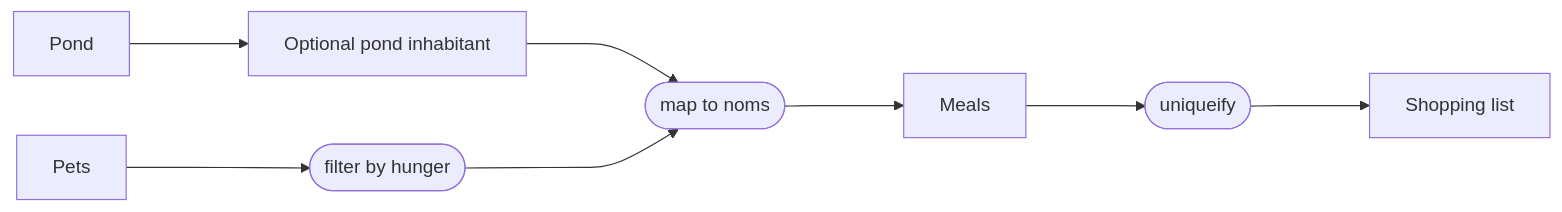
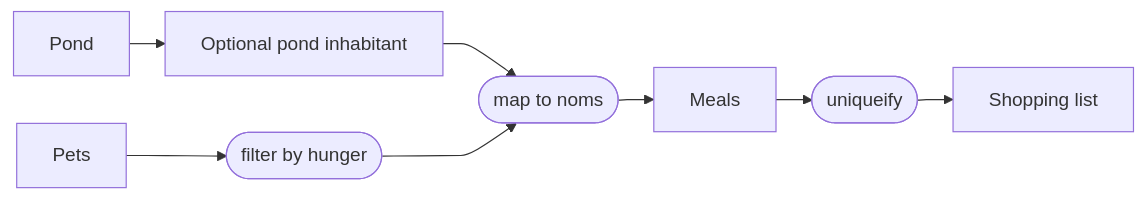
One commit to google/rust-design-faq changed the diagram in src/code.md. Above: the diagram before and after it, drawn with Mermaid. The commit also changed other lines of this file and 1 other file, not shown here.

````diff
--- a/src/code.md
+++ b/src/code.md
@@ -130,18 +115,19 @@
   ```mermaid
   flowchart LR
+	%%{ init: { 'flowchart': { 'nodeSpacing': 40, 'rankSpacing': 15 } } }%%
   	Pets
   	Filter([filter by hunger])
   	Map([map to noms])
   	Meals
     uniqueify([uniqueify])
   	shopping[Shopping list]
   	Pets ---> Filter
       Pond
   	Pond ---> inhabitant
       inhabitant[Optional pond inhabitant]
   	inhabitant ---> Map
   	Filter ---> Map
   	Map ---> Meals
   	Meals ---> uniqueify
   	uniqueify ---> shopping
   ```
````
